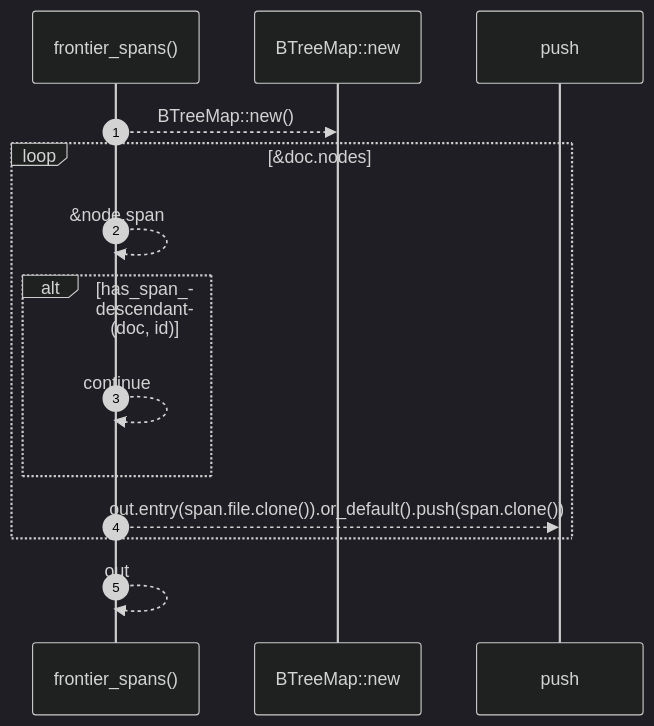
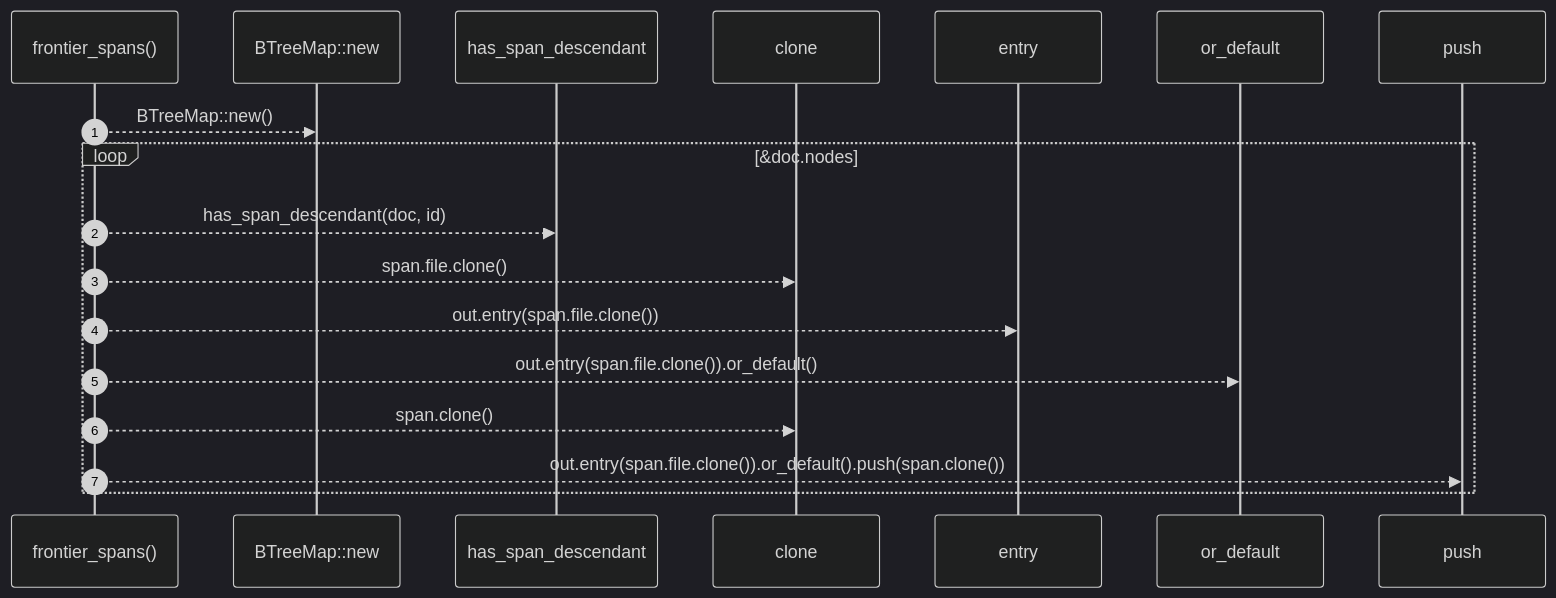
Before and after one commit to RyanGuild/self-describing-code: the diagram in docs/self-model/robby_ir/coverage/frontier-spans.md, drawn with Mermaid (dark theme). The commit also changed other lines of this file and 1404 other files, not shown here.

````diff
--- a/docs/self-model/robby_ir/coverage/frontier-spans.md
+++ b/docs/self-model/robby_ir/coverage/frontier-spans.md
@@ -39,16 +39,20 @@
 ```mermaid
 sequenceDiagram
     autonumber
     participant frontier_spans as frontier_spans()
     participant BTreeMap__new as BTreeMap::new
+    participant has_span_descendant as has_span_descendant
+    participant clone as clone
+    participant entry as entry
+    participant or_default as or_default
     participant push as push
     frontier_spans-->>BTreeMap__new: BTreeMap::new()
     loop &doc.nodes
-    frontier_spans-->>frontier_spans: &node.span
-    alt has_span_descendant(doc, id)
-    frontier_spans-->>frontier_spans: continue
-    end
+    frontier_spans-->>has_span_descendant: has_span_descendant(doc, id)
+    frontier_spans-->>clone: span.file.clone()
+    frontier_spans-->>entry: out.entry(span.file.clone())
+    frontier_spans-->>or_default: out.entry(span.file.clone()).or_default()
+    frontier_spans-->>clone: span.clone()
     frontier_spans-->>push: out.entry(span.file.clone()).or_default().push(span.clone())
     end
-    frontier_spans-->>frontier_spans: out
 ```
````
